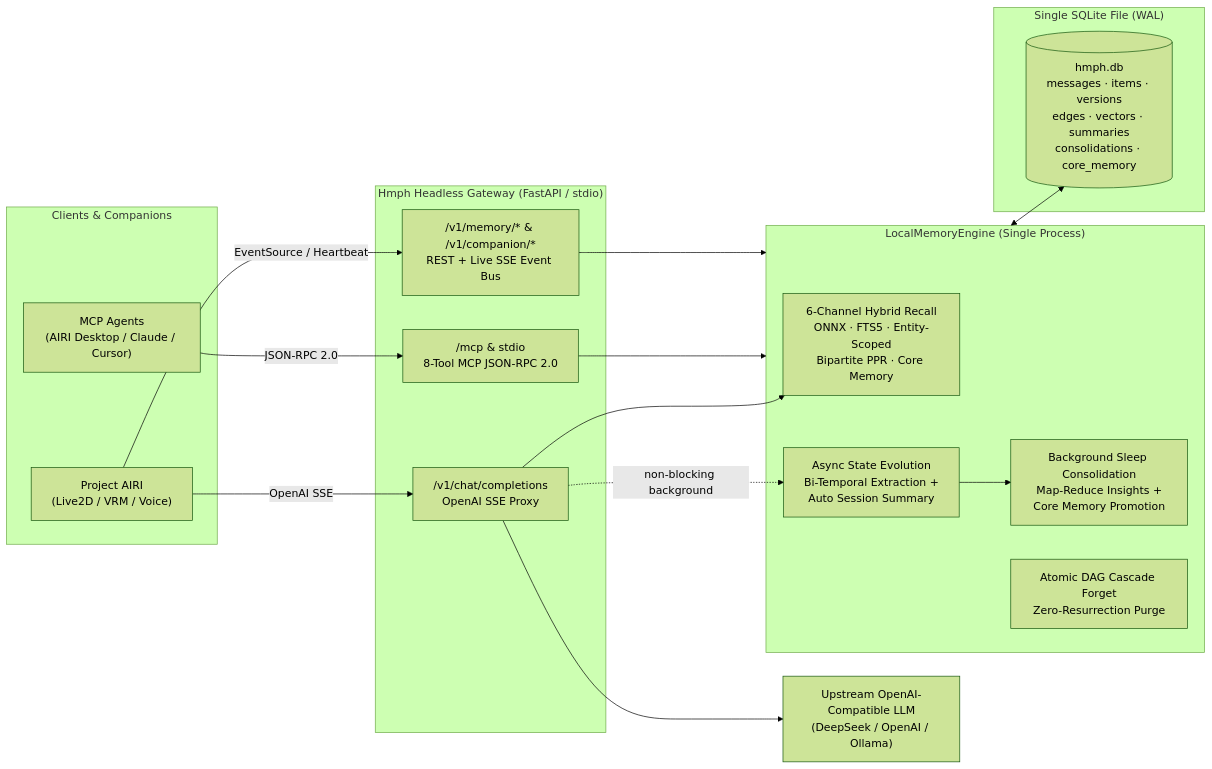
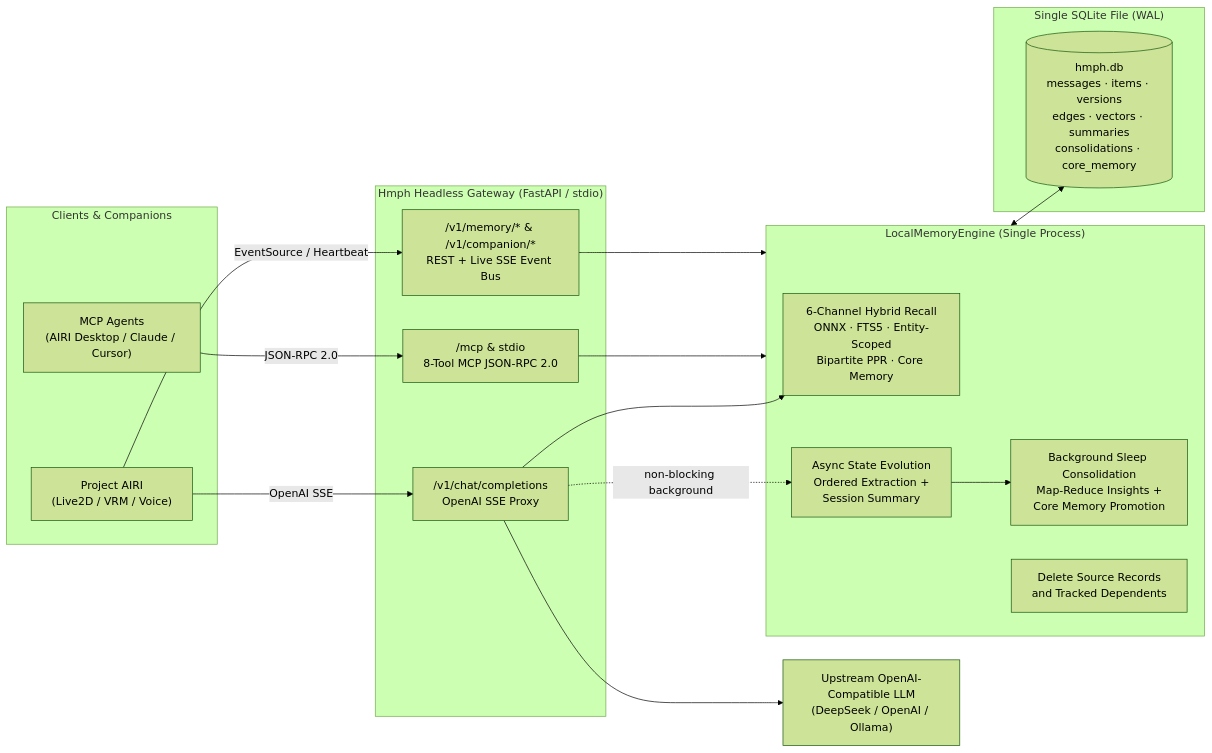
The diagram in docs/architecture.md (knoci/Hmph), drawn with Mermaid (forest theme) before and after one commit. The commit also changed other lines of this file and 12 other files, not shown here.

````diff
--- a/docs/architecture.md
+++ b/docs/architecture.md
@@ -9,38 +9,38 @@
 ```mermaid
 flowchart LR
   subgraph Frontends["Clients & Companions"]
     AIRI["Project AIRI<br/>(Live2D / VRM / Voice)"]
     MCPClient["MCP Agents<br/>(AIRI Desktop / Claude / Cursor)"]
   end
 
   subgraph Gateway["Hmph Headless Gateway (FastAPI / stdio)"]
     OAI["/v1/chat/completions<br/>OpenAI SSE Proxy"]
     MCP["/mcp & stdio<br/>8-Tool MCP JSON-RPC 2.0"]
     REST["/v1/memory/* & /v1/companion/*<br/>REST + Live SSE Event Bus"]
   end
 
   subgraph Engine["LocalMemoryEngine (Single Process)"]
     Recall["6-Channel Hybrid Recall<br/>ONNX · FTS5 · Entity-Scoped<br/>Bipartite PPR · Core Memory"]
-    Extract["Async State Evolution<br/>Bi-Temporal Extraction +<br/>Auto Session Summary"]
+    Extract["Async State Evolution<br/>Ordered Extraction +<br/>Session Summary"]
     Sleep["Background Sleep Consolidation<br/>Map-Reduce Insights +<br/>Core Memory Promotion"]
-    Forget["Atomic DAG Cascade Forget<br/>Zero-Resurrection Purge"]
+    Forget["Delete Source Records<br/>and Tracked Dependents"]
   end
 
   subgraph Storage["Single SQLite File (WAL)"]
     DB[("hmph.db<br/>messages · items · versions<br/>edges · vectors · summaries<br/>consolidations · core_memory")]
   end
 
   LLM["Upstream OpenAI-Compatible LLM<br/>(DeepSeek / OpenAI / Ollama)"]
 
   AIRI -- "OpenAI SSE" --> OAI
   AIRI -- "EventSource / Heartbeat" --> REST
   MCPClient -- "JSON-RPC 2.0" --> MCP
 
   OAI --> Recall
   OAI --> LLM
   OAI -. "non-blocking background" .-> Extract
   MCP --> Engine
   REST --> Engine
   Extract --> Sleep
   Engine <--> DB
 ```
````
